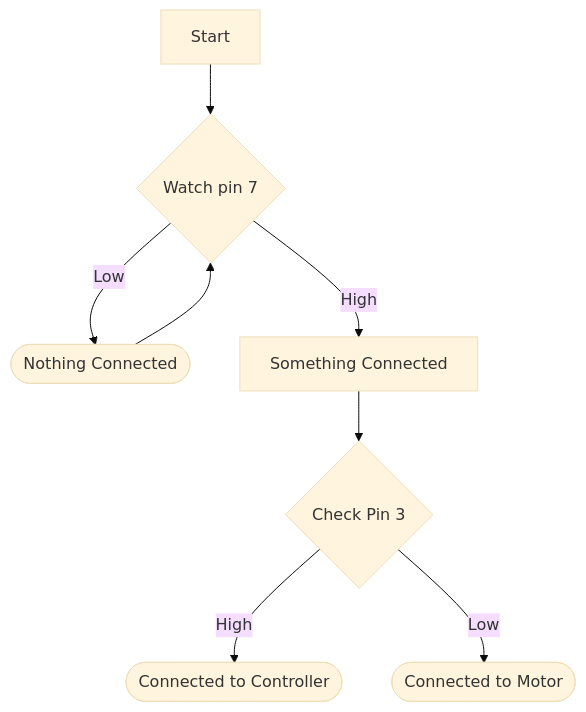
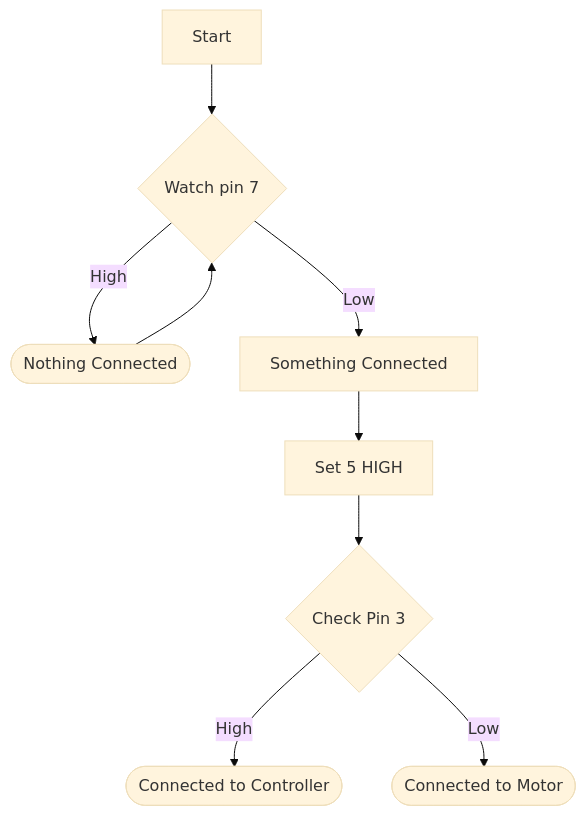
One commit to rivques/drag-racer-track-v2 changed the diagram in README.md. Above: the diagram before and after it, drawn with Mermaid (base theme). The commit also changed other lines of this file and 2 other files, not shown here.

````diff
--- a/README.md
+++ b/README.md
@@ -19,11 +19,12 @@
 ```mermaid
 flowchart TD
     Start-->
     Watch7{Watch pin 7}
-    -->|Low|Nothing([Nothing Connected])-->
+    -->|High|Nothing([Nothing Connected])-->
     Watch7
-    -->|High|Something[Something Connected]
+    -->|Low|Something[Something Connected]
+    -->Set5[Set 5 HIGH]
     -->Watch3{Check Pin 3}
     -->|High|Controller([Connected to Controller])
     Watch3-->|Low|Motor([Connected to Motor])
 ```
````
